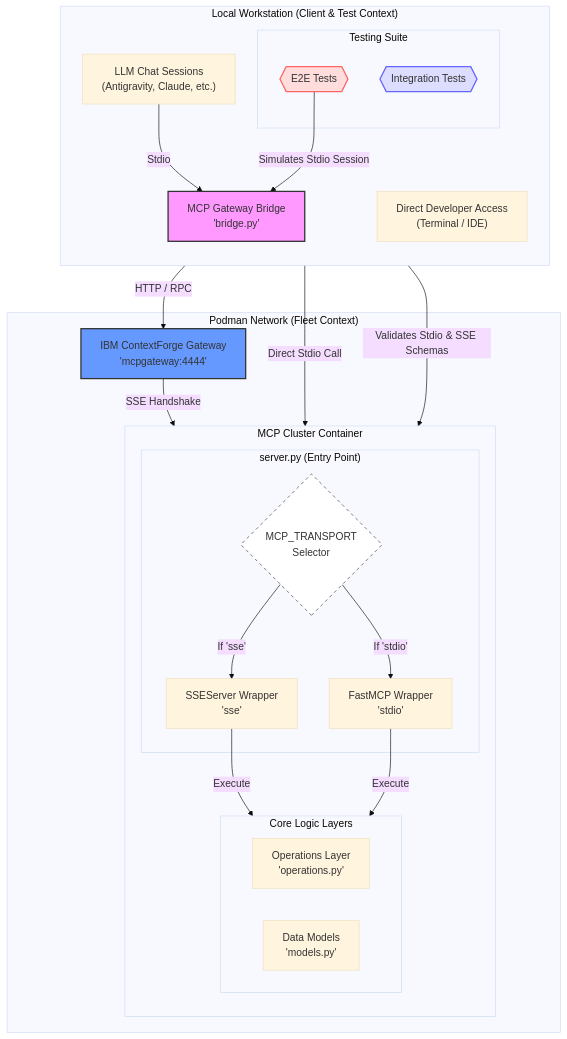
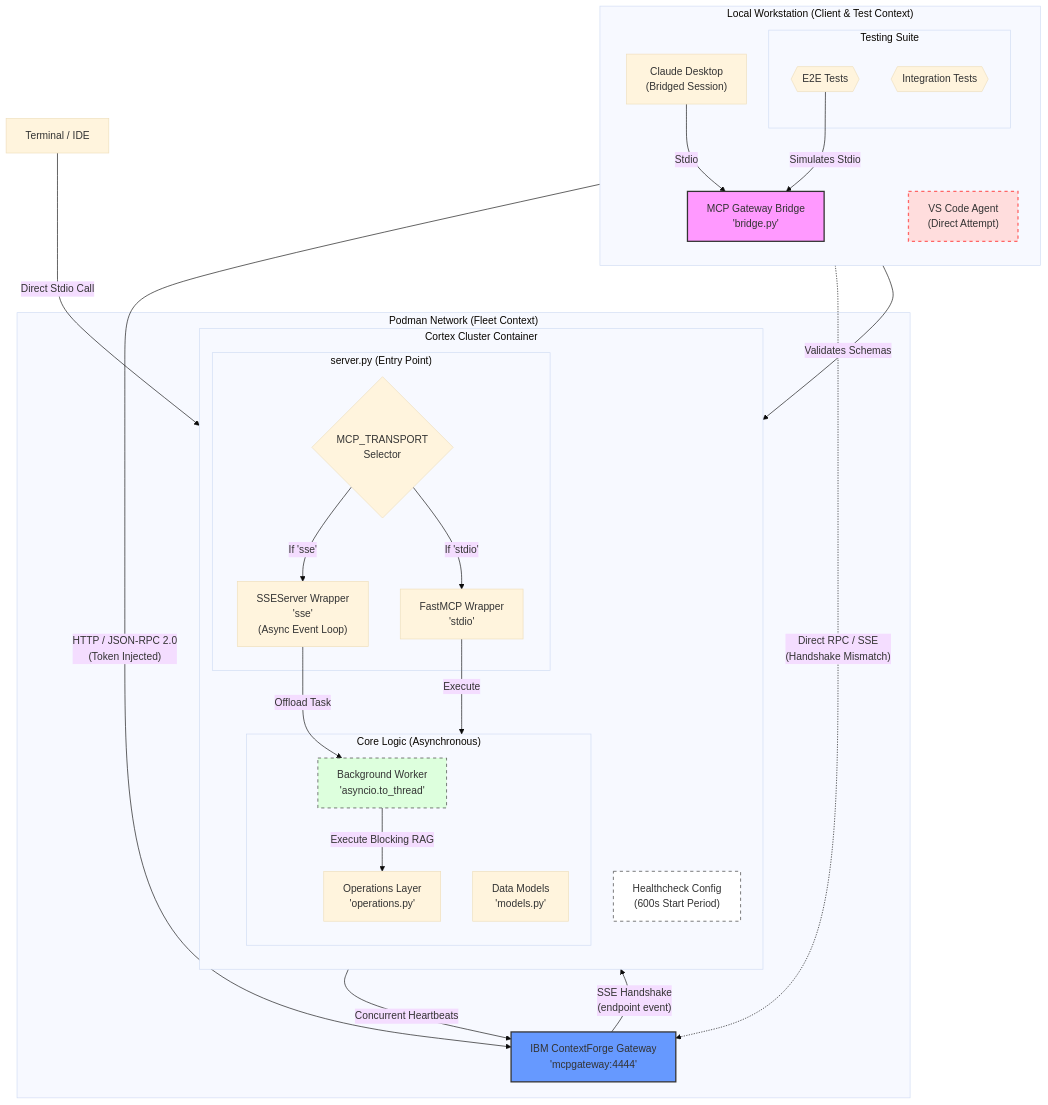
Before and after one commit to richfrem/Project_Sanctuary: the second of 3 diagrams in docs/mcp_servers/architecture/gateway_architecture.md, drawn with Mermaid. The commit also changed 60 other files, not shown here.

First line of the commit message:
feat: Complete cortex healthcheck fix and Task 148 E2E test suite

````diff
--- a/docs/mcp_servers/architecture/gateway_architecture.md
+++ b/docs/mcp_servers/architecture/gateway_architecture.md
@@ -77,60 +77,72 @@
 ```mermaid
 ---
 config:
   theme: base
   layout: dagre
 ---
 flowchart TB
  subgraph subGraph0["Local Workstation (Client & Test Context)"]
         direction TB
-        LLM["LLM Chat Sessions<br/>(Antigravity, Claude, etc.)"]
-        IDE["Direct Developer Access<br/>(Terminal / IDE)"]
+        Claude["Claude Desktop<br/>(Bridged Session)"]
+        VSCode["VS Code Agent<br/>(Direct Attempt)"]
         Bridge@{ label: "MCP Gateway Bridge<br/>'bridge.py'" }
         
         subgraph subGraphTest["Testing Suite"]
             E2E_Test{{E2E Tests}}
             Int_Test{{Integration Tests}}
         end
   end
 
  subgraph subGraph1["server.py (Entry Point)"]
         Selector{"MCP_TRANSPORT<br/>Selector"}
         StdioWrap@{ label: "FastMCP Wrapper<br/>'stdio'" }
-        SSEWrap@{ label: "SSEServer Wrapper<br/>'sse'" }
+        SSEWrap@{ label: "SSEServer Wrapper<br/>'sse'<br/>(Async Event Loop)" }
   end
 
- subgraph subGraph2["Core Logic Layers"]
+ subgraph subGraph2["Core Logic (Asynchronous)"]
+        Worker@{ label: "Background Worker<br/>'asyncio.to_thread'"}
         Ops@{ label: "Operations Layer<br/>'operations.py'" }
         Models@{ label: "Data Models<br/>'models.py'" }
   end
 
- subgraph subGraph3["MCP Cluster Container"]
+ subgraph subGraph3["Cortex Cluster Container"]
     direction TB
         subGraph1
         subGraph2
+        Health["Healthcheck Config<br/>(600s Start Period)"]
   end
 
  subgraph subGraph4["Podman Network (Fleet Context)"]
         Gateway@{ label: "IBM ContextForge Gateway<br/>'mcpgateway:4444'" }
         subGraph3
   end
 
-    LLM -- "Stdio" --> Bridge
-    E2E_Test -- "Simulates Stdio Session" --> Bridge
-    Bridge -- "HTTP / RPC" --> Gateway
-    Gateway -- "SSE Handshake" --> SSEWrap
-    SSEWrap -- "Execute" --> subGraph2
+    %% COMPLIANT PATH (Claude / Production)
+    Claude -- "Stdio" --> Bridge
+    Bridge -- "HTTP / JSON-RPC 2.0<br/>(Token Injected)" --> Gateway
+    E2E_Test -- "Simulates Stdio" --> Bridge
 
-    IDE -- "Direct Stdio Call" --> StdioWrap
-    Int_Test -- "Validates Stdio & SSE Schemas" --> subGraph1
+    %% NON-COMPLIANT SHORTCUT (The 'Efficiency Trap')
+    VSCode -. "Direct RPC / SSE<br/>(Handshake Mismatch)" .-> Gateway
+
+    %% EXECUTION FLOW
+    Gateway -- "SSE Handshake<br/>(endpoint event)" --> SSEWrap
+    SSEWrap -- "Offload Task" --> Worker
+    Worker -- "Execute Blocking RAG" --> Ops
+    SSEWrap -- "Concurrent Heartbeats" --> Gateway
+
+    %% Integration / Developer Flow
+    IDE["Terminal / IDE"] -- "Direct Stdio Call" --> StdioWrap
+    Int_Test -- "Validates Schemas" --> subGraph1
     StdioWrap -- "Execute" --> subGraph2
 
+    %% Logic Selection
     Selector -- "If 'stdio'" --> StdioWrap
     Selector -- "If 'sse'" --> SSEWrap
 
     style Bridge fill:#f9f,stroke:#333,stroke-width:2px
+    style VSCode fill:#fdd,stroke:#f66,stroke-width:2px,stroke-dasharray: 5 5
     style Gateway fill:#69f,stroke:#333,stroke-width:2px
-    style E2E_Test fill:#fdd,stroke:#f66,stroke-width:2px
-    style Int_Test fill:#ddf,stroke:#66f,stroke-width:2px
-    style Selector fill:#fff,stroke:#333,stroke-dasharray: 5 5
+    style Worker fill:#dfd,stroke:#333,stroke-dasharray: 5 5
+    style Health fill:#fff,stroke:#333,stroke-dasharray: 5 5
 ```
````
